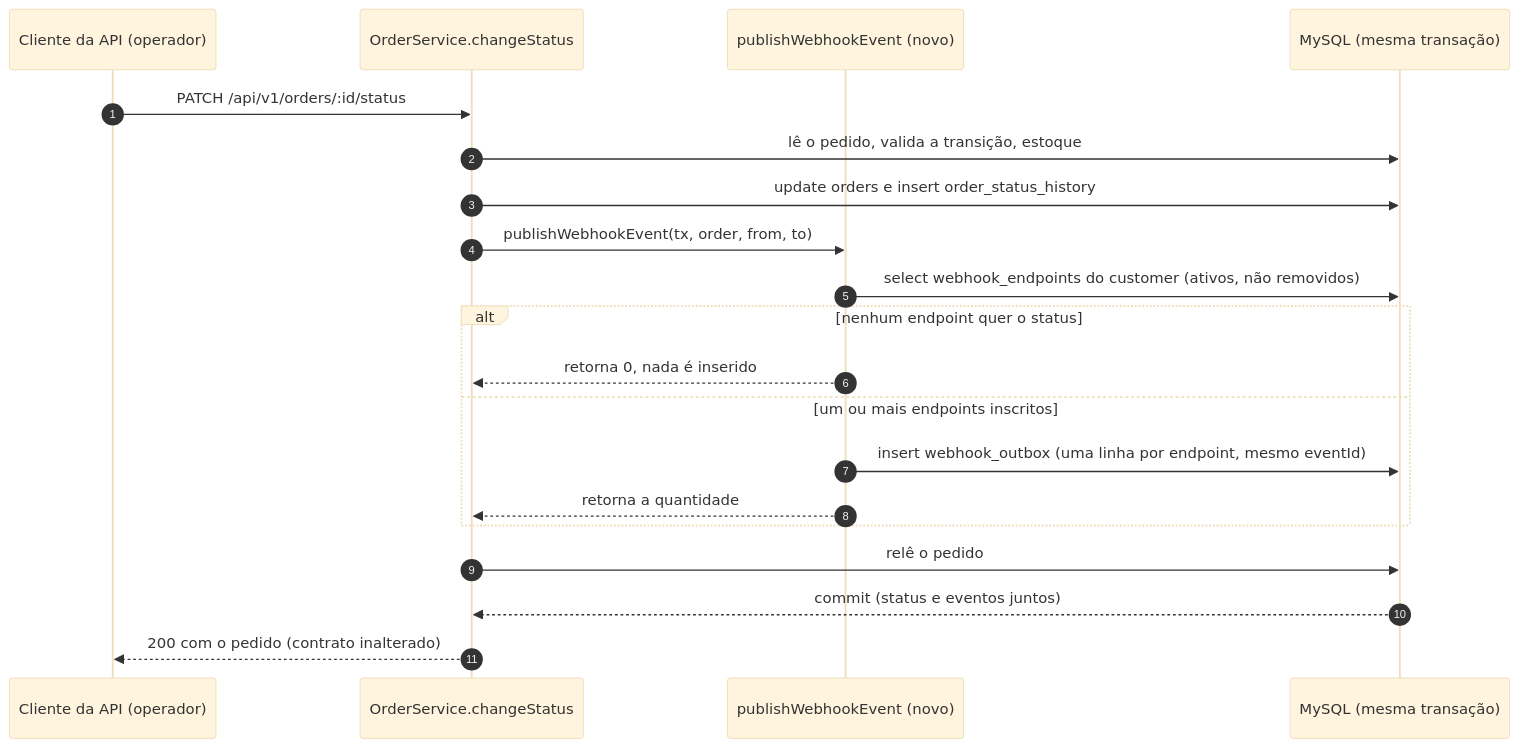
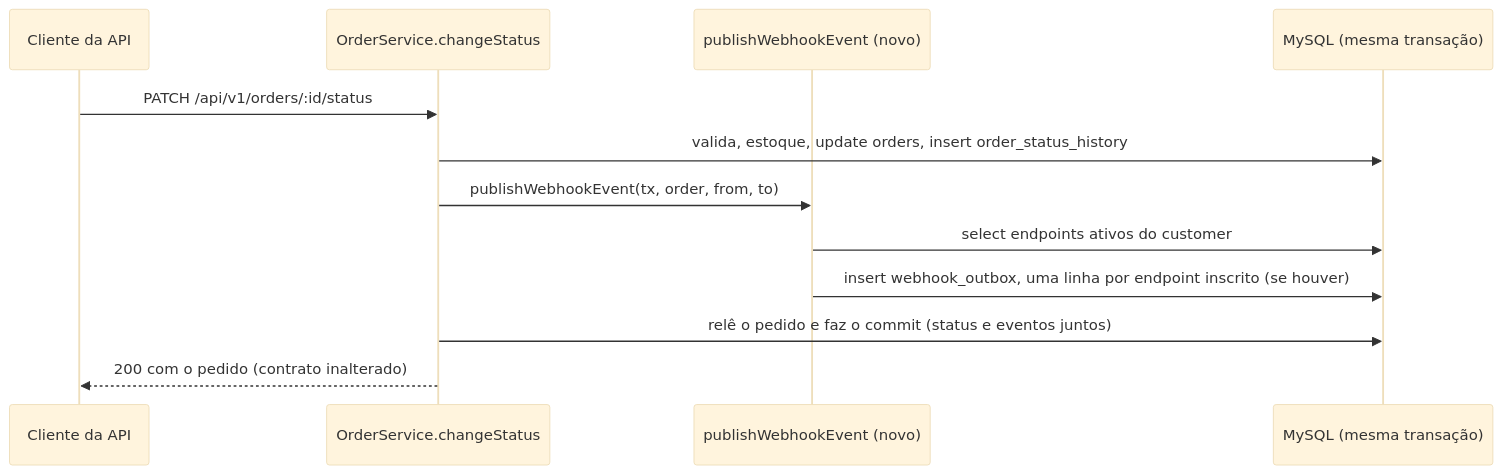
Before and after one commit to joaopauloctga/mba-ia-desafio-design-docs-com-ia: the second of 6 diagrams in docs/FDD.md, drawn with Mermaid (base theme). The commit also changed other lines of this file and 1 other file, not shown here.

````diff
--- a/docs/FDD.md
+++ b/docs/FDD.md
@@ -289,22 +260,14 @@
 ```mermaid
 sequenceDiagram
-  autonumber
-  participant C as Cliente da API (operador)
+  participant C as Cliente da API
   participant OS as OrderService.changeStatus
   participant PUB as publishWebhookEvent (novo)
   participant DB as MySQL (mesma transação)
   C->>OS: PATCH /api/v1/orders/:id/status
-  OS->>DB: lê o pedido, valida a transição, estoque
-  OS->>DB: update orders e insert order_status_history
+  OS->>DB: valida, estoque, update orders, insert order_status_history
   OS->>PUB: publishWebhookEvent(tx, order, from, to)
-  PUB->>DB: select webhook_endpoints do customer (ativos, não removidos)
-  alt nenhum endpoint quer o status
-    PUB-->>OS: retorna 0, nada é inserido
-  else um ou mais endpoints inscritos
-    PUB->>DB: insert webhook_outbox (uma linha por endpoint, mesmo eventId)
-    PUB-->>OS: retorna a quantidade
-  end
-  OS->>DB: relê o pedido
-  DB-->>OS: commit (status e eventos juntos)
+  PUB->>DB: select endpoints ativos do customer
+  PUB->>DB: insert webhook_outbox, uma linha por endpoint inscrito (se houver)
+  OS->>DB: relê o pedido e faz o commit (status e eventos juntos)
   OS-->>C: 200 com o pedido (contrato inalterado)
 ```
````
